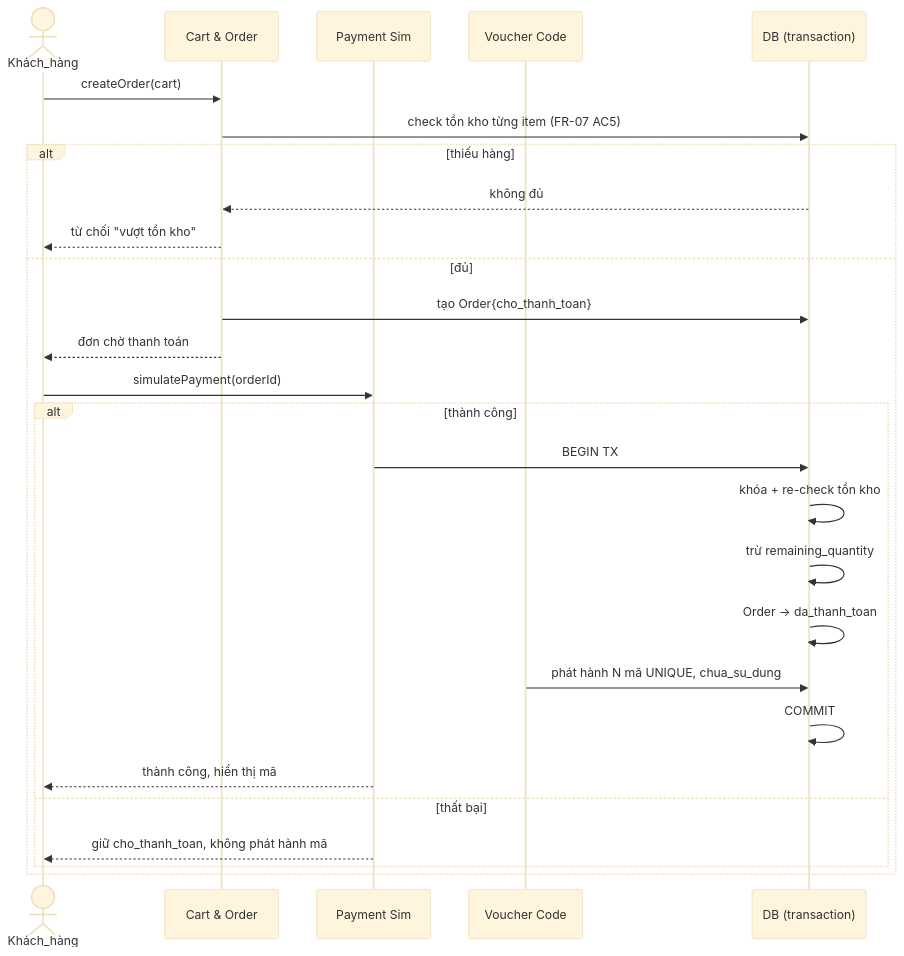
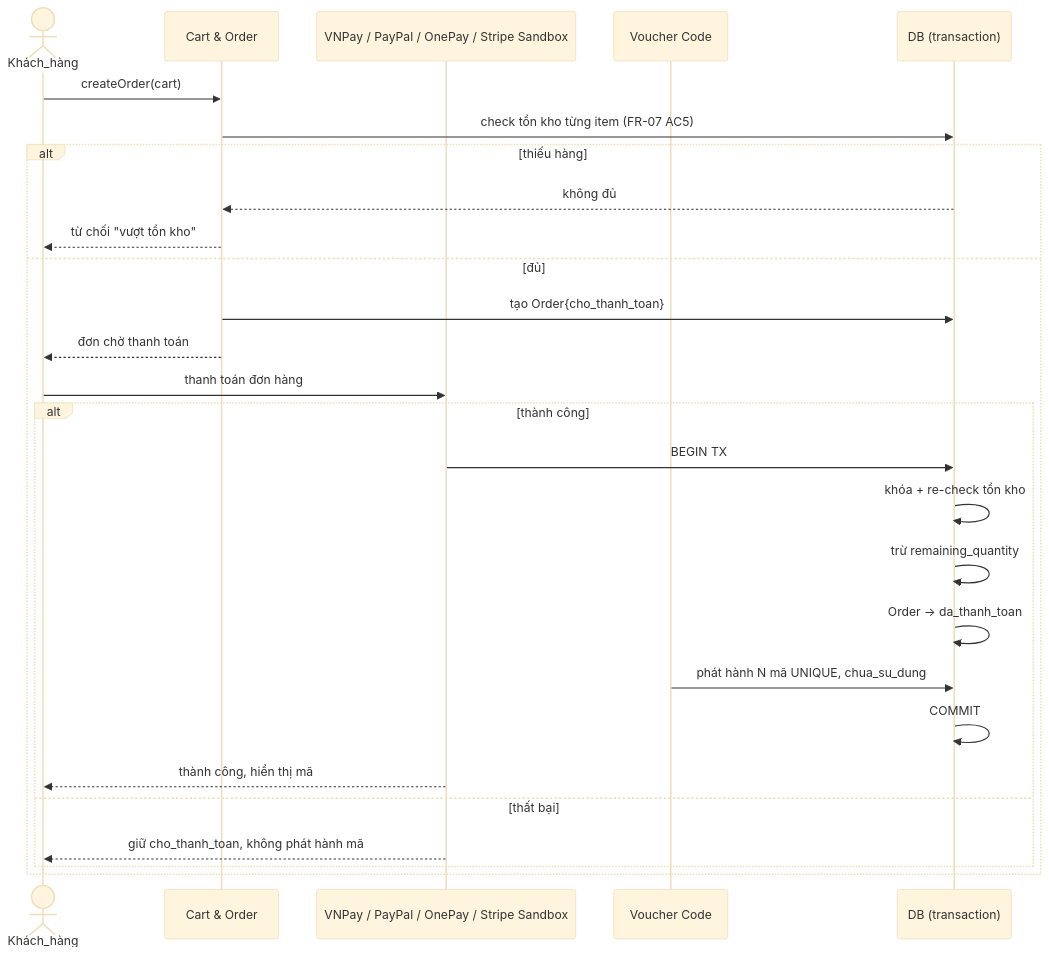
The second of 2 diagrams in docs/06-architecture/README.md (hoopyTL/EC-VoucherHub), drawn with Mermaid (base theme) before and after one commit. The commit also changed other lines of this file and 11 other files, not shown here.

````diff
--- a/docs/06-architecture/README.md
+++ b/docs/06-architecture/README.md
@@ -83,30 +83,30 @@
 ```mermaid
 sequenceDiagram
     actor KH as Khách_hàng
     participant ORD as Cart & Order
-    participant PAY as Payment Sim
+    participant PAY as VNPay / PayPal / OnePay / Stripe Sandbox
     participant ISS as Voucher Code
     participant DB as DB (transaction)
 
     KH->>ORD: createOrder(cart)
     ORD->>DB: check tồn kho từng item (FR-07 AC5)
     alt thiếu hàng
         DB-->>ORD: không đủ
         ORD-->>KH: từ chối "vượt tồn kho"
     else đủ
         ORD->>DB: tạo Order{cho_thanh_toan}
         ORD-->>KH: đơn chờ thanh toán
-        KH->>PAY: simulatePayment(orderId)
+        KH->>PAY: thanh toán đơn hàng
         alt thành công
             PAY->>DB: BEGIN TX
             DB->>DB: khóa + re-check tồn kho
             DB->>DB: trừ remaining_quantity
             DB->>DB: Order -> da_thanh_toan
             ISS->>DB: phát hành N mã UNIQUE, chua_su_dung
             DB->>DB: COMMIT
             PAY-->>KH: thành công, hiển thị mã
         else thất bại
             PAY-->>KH: giữ cho_thanh_toan, không phát hành mã
         end
     end
 ```
````
